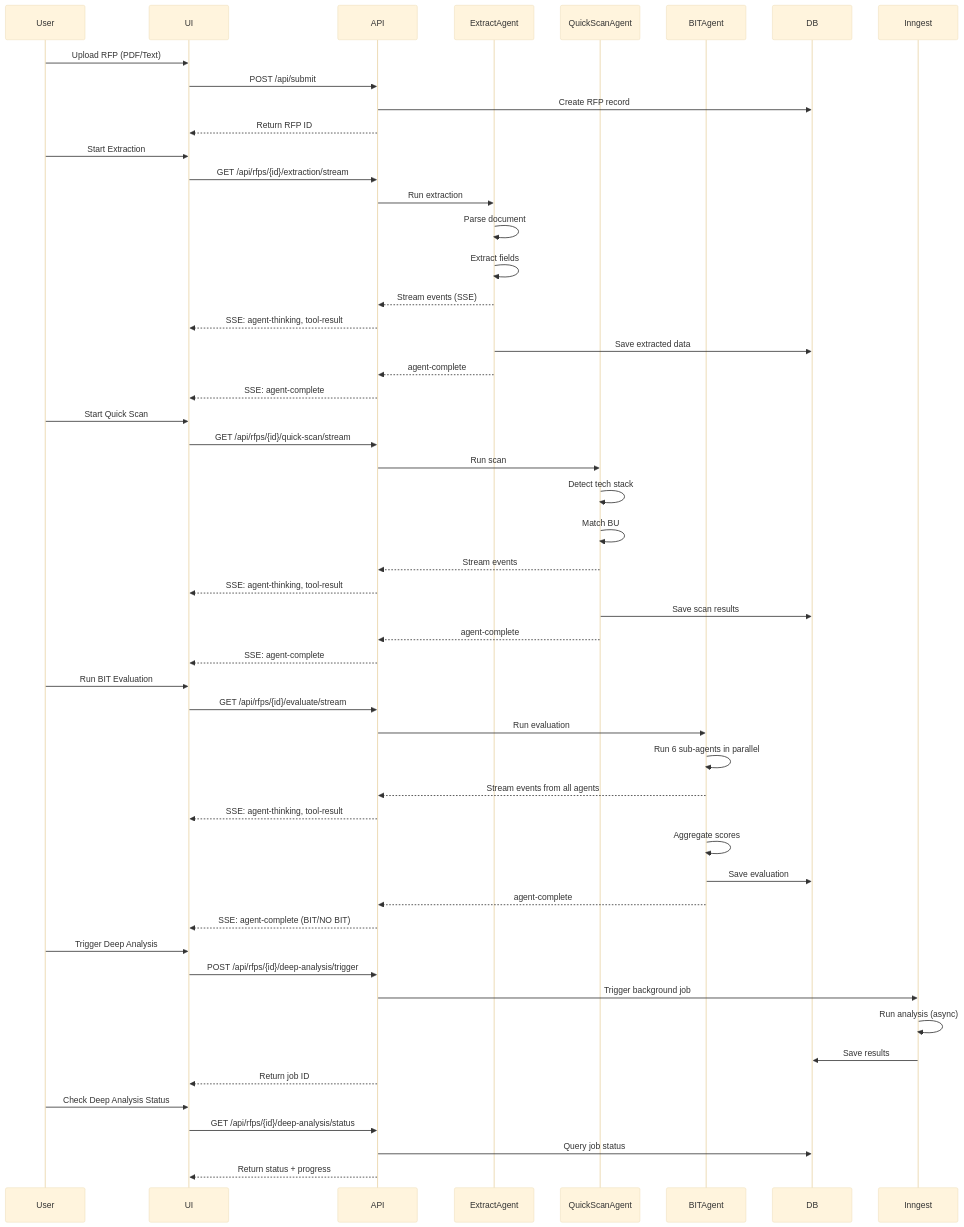
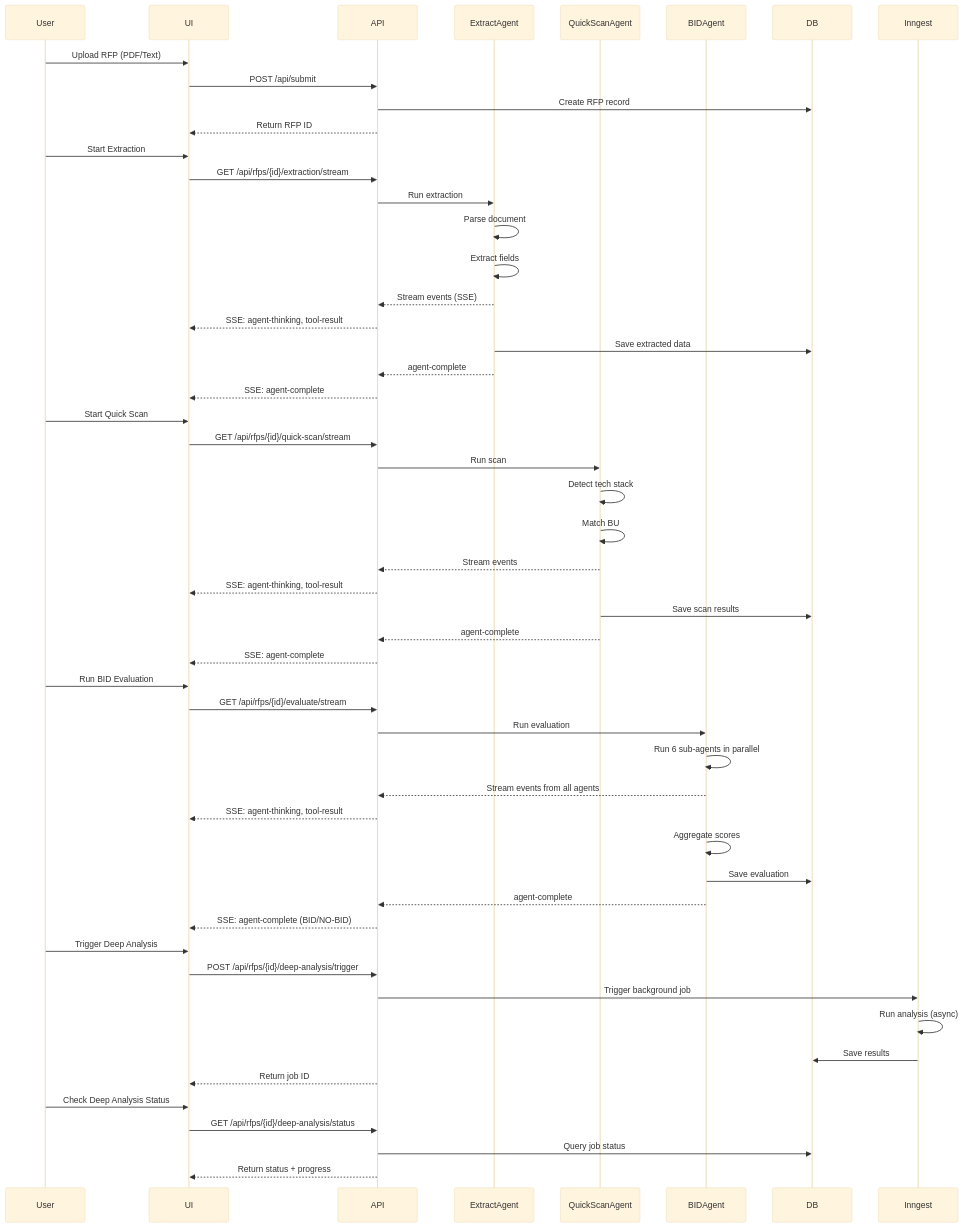
One commit to maphilipps/dealhunter changed the second of 9 diagrams in ARCHITECTURE.md. Above: the diagram before and after it, drawn with Mermaid (base theme). The commit also changed other lines of this file and 1285 other files, not shown here.

````diff
--- a/ARCHITECTURE.md
+++ b/ARCHITECTURE.md
@@ -251,61 +254,61 @@
 ```mermaid
 sequenceDiagram
     participant User
     participant UI
     participant API
     participant ExtractAgent
     participant QuickScanAgent
-    participant BITAgent
+    participant BIDAgent
     participant DB
     participant Inngest
 
     User->>UI: Upload RFP (PDF/Text)
     UI->>API: POST /api/submit
     API->>DB: Create RFP record
     API-->>UI: Return RFP ID
 
     User->>UI: Start Extraction
     UI->>API: GET /api/rfps/{id}/extraction/stream
     API->>ExtractAgent: Run extraction
     ExtractAgent->>ExtractAgent: Parse document
     ExtractAgent->>ExtractAgent: Extract fields
     ExtractAgent-->>API: Stream events (SSE)
     API-->>UI: SSE: agent-thinking, tool-result
     ExtractAgent->>DB: Save extracted data
     ExtractAgent-->>API: agent-complete
     API-->>UI: SSE: agent-complete
 
     User->>UI: Start Quick Scan
     UI->>API: GET /api/rfps/{id}/quick-scan/stream
     API->>QuickScanAgent: Run scan
     QuickScanAgent->>QuickScanAgent: Detect tech stack
     QuickScanAgent->>QuickScanAgent: Match BU
     QuickScanAgent-->>API: Stream events
     API-->>UI: SSE: agent-thinking, tool-result
     QuickScanAgent->>DB: Save scan results
     QuickScanAgent-->>API: agent-complete
     API-->>UI: SSE: agent-complete
 
-    User->>UI: Run BIT Evaluation
+    User->>UI: Run BID Evaluation
     UI->>API: GET /api/rfps/{id}/evaluate/stream
-    API->>BITAgent: Run evaluation
-    BITAgent->>BITAgent: Run 6 sub-agents in parallel
-    BITAgent-->>API: Stream events from all agents
+    API->>BIDAgent: Run evaluation
+    BIDAgent->>BIDAgent: Run 6 sub-agents in parallel
+    BIDAgent-->>API: Stream events from all agents
     API-->>UI: SSE: agent-thinking, tool-result
-    BITAgent->>BITAgent: Aggregate scores
-    BITAgent->>DB: Save evaluation
-    BITAgent-->>API: agent-complete
-    API-->>UI: SSE: agent-complete (BIT/NO BIT)
+    BIDAgent->>BIDAgent: Aggregate scores
+    BIDAgent->>DB: Save evaluation
+    BIDAgent-->>API: agent-complete
+    API-->>UI: SSE: agent-complete (BID/NO-BID)
 
     User->>UI: Trigger Deep Analysis
     UI->>API: POST /api/rfps/{id}/deep-analysis/trigger
     API->>Inngest: Trigger background job
     Inngest->>Inngest: Run analysis (async)
     Inngest->>DB: Save results
     API-->>UI: Return job ID
 
     User->>UI: Check Deep Analysis Status
     UI->>API: GET /api/rfps/{id}/deep-analysis/status
     API->>DB: Query job status
     API-->>UI: Return status + progress
 ```
````
